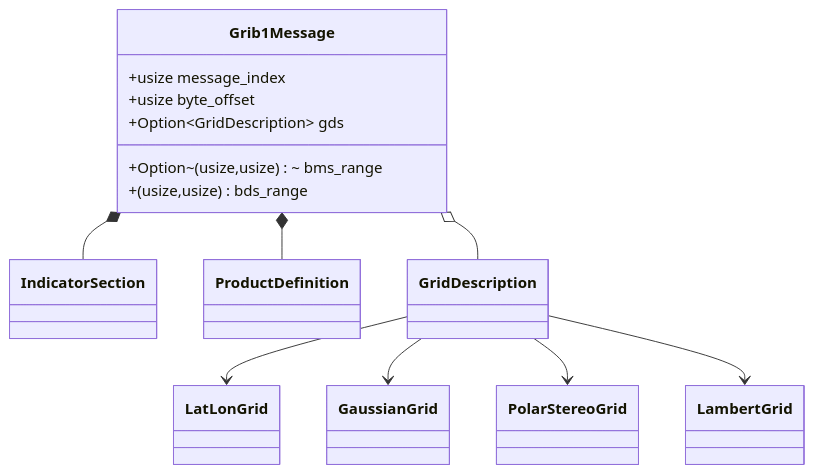
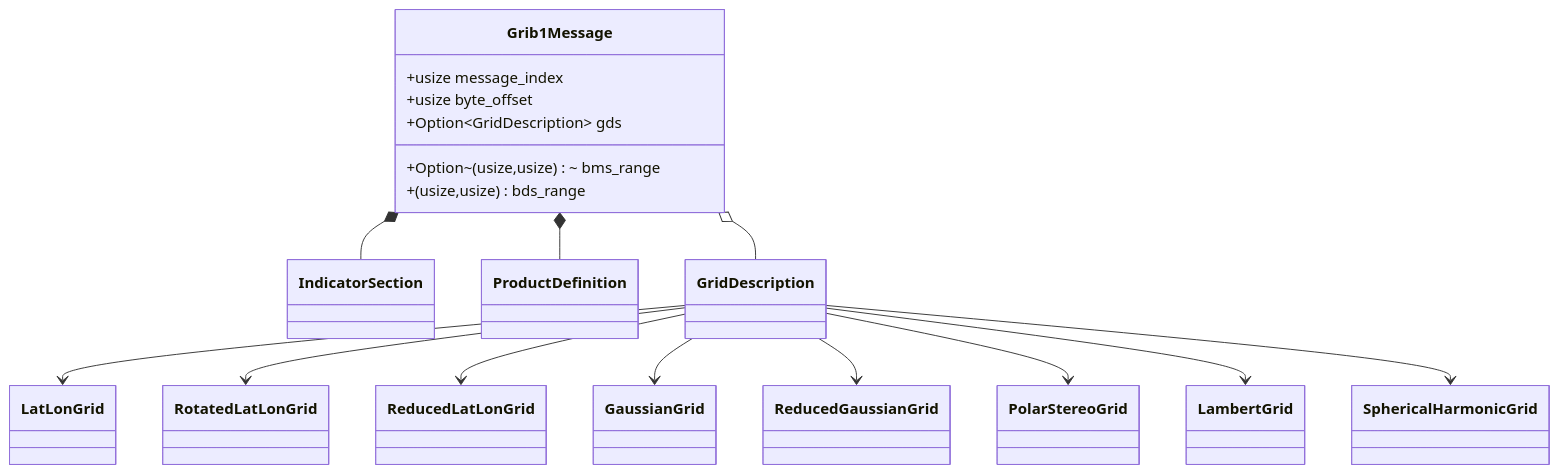
The fourth of 6 diagrams in docs/architecture/03-composition.md (D0ubleD0uble/fieldglass), drawn with Mermaid before and after one commit. The commit also changed other lines of this file, not shown here.

First line of the commit message:
docs: bring 03-composition diagrams up to date with current templates and handles (#428)

````diff
--- a/docs/architecture/03-composition.md
+++ b/docs/architecture/03-composition.md
@@ -68,18 +81,22 @@
 ```mermaid
 classDiagram
     class Grib1Message {
         +usize message_index
         +usize byte_offset
         +Option~GridDescription~ gds
         +Option~(usize,usize)~ bms_range
         +(usize,usize) bds_range
     }
     Grib1Message *-- IndicatorSection
     Grib1Message *-- ProductDefinition
     Grib1Message o-- GridDescription
 
     GridDescription --> LatLonGrid
+    GridDescription --> RotatedLatLonGrid
+    GridDescription --> ReducedLatLonGrid
     GridDescription --> GaussianGrid
+    GridDescription --> ReducedGaussianGrid
     GridDescription --> PolarStereoGrid
     GridDescription --> LambertGrid
+    GridDescription --> SphericalHarmonicGrid
 ```
````
